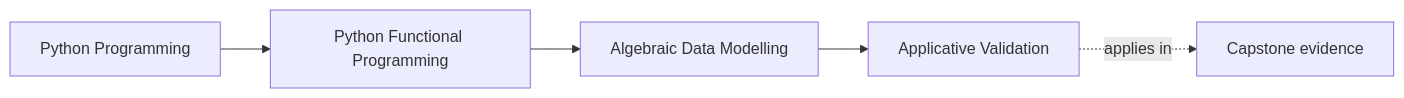
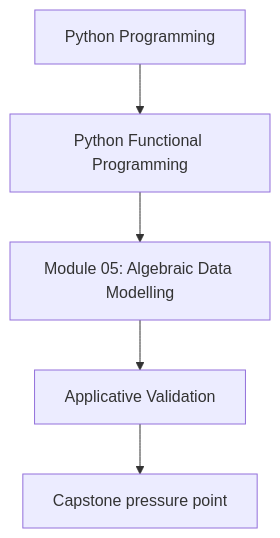
The first of 2 diagrams in programs/python-programming/python-functional-programming/course-book/module-05-algebraic-data-modelling/applicative-validation.md (bijux/bijux-masterclass), drawn with Mermaid before and after one commit. The commit also changed other lines of this file and 118 other files, not shown here.

Commit message:
docs(python-functional-programming): align concept page diagrams

````diff
--- a/programs/python-programming/python-functional-programming/course-book/module-05-algebraic-data-modelling/applicative-validation.md
+++ b/programs/python-programming/python-functional-programming/course-book/module-05-algebraic-data-modelling/applicative-validation.md
@@ -7,11 +7,7 @@
 ```mermaid
-graph LR
-  family["Python Programming"]
-  program["Python Functional Programming"]
-  section["Algebraic Data Modelling"]
-  page["Applicative Validation"]
-  capstone["Capstone evidence"]
-
-  family --> program --> section --> page
-  page -.applies in.-> capstone
+flowchart TD
+  family["Python Programming"] --> program["Python Functional Programming"]
+  program --> module["Module 05: Algebraic Data Modelling"]
+  module --> concept["Applicative Validation"]
+  concept --> capstone["Capstone pressure point"]
 ```
````
